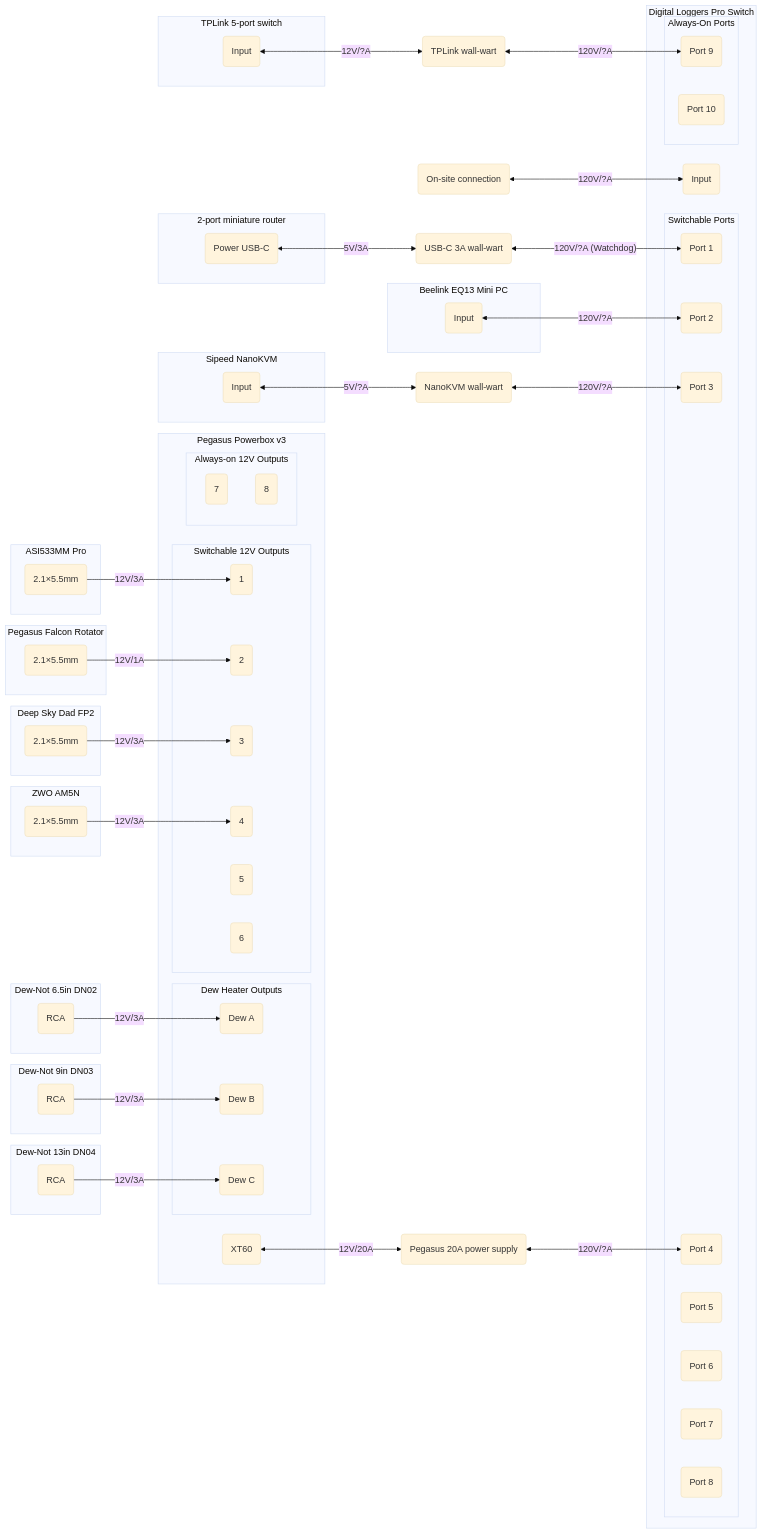
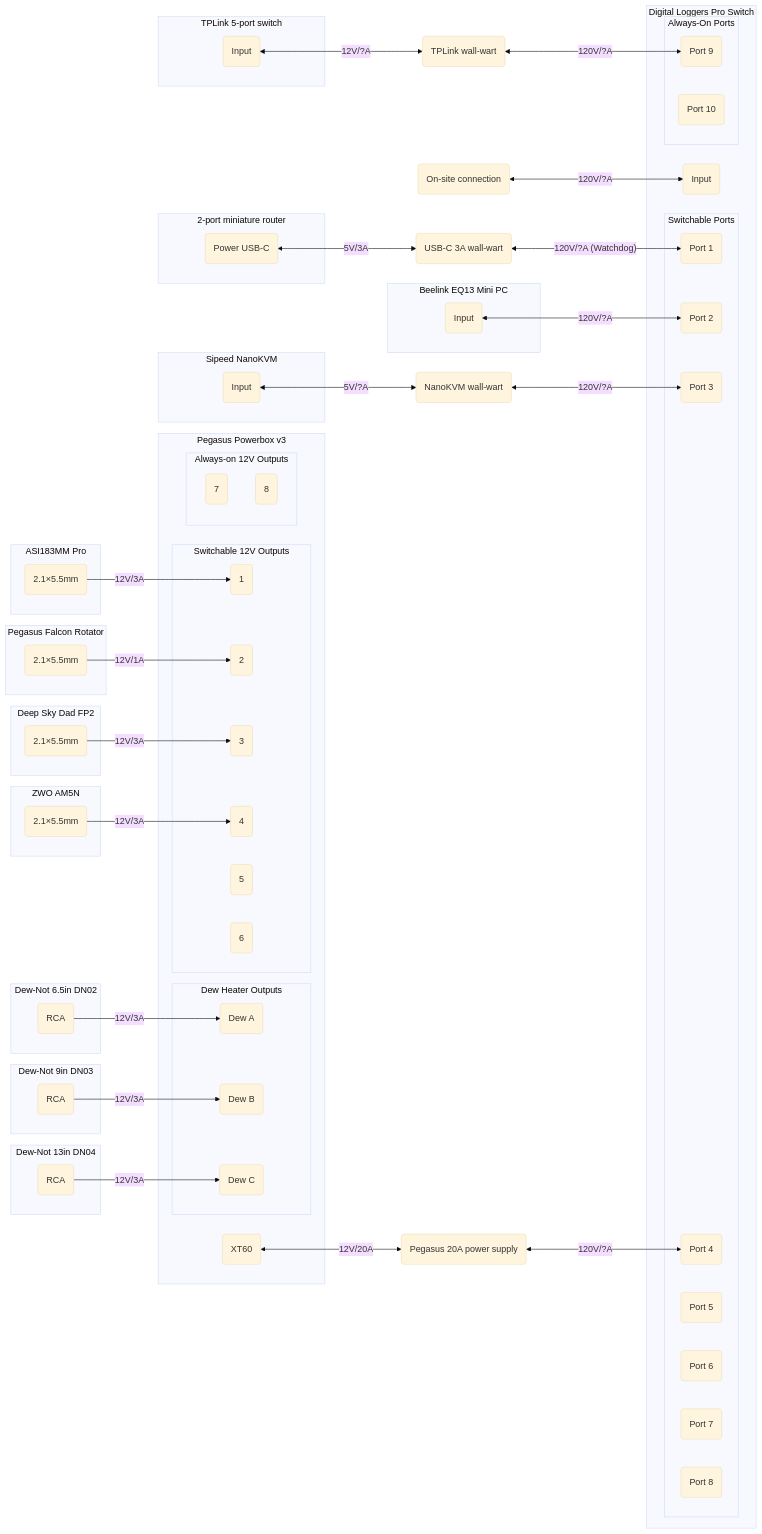
One commit to USA-RedDragon/mercury-remote-observatory changed the diagram in src/diagrams/power.md. Above: the diagram before and after it, drawn with Mermaid (base theme). The commit also changed 37 other files, not shown here.

````diff
--- a/src/diagrams/power.md
+++ b/src/diagrams/power.md
@@ -3,82 +3,82 @@
 ```mermaid
 graph LR;
     vin(On-site connection)<--120V/?A-->power-strip-vin;
     subgraph power-strip [Digital Loggers Pro Switch]
         subgraph power-strip-switchable-ports [Switchable Ports]
             power-strip-port-1(Port 1);
             power-strip-port-2(Port 2);
             power-strip-port-3(Port 3);
             power-strip-port-4(Port 4);
             power-strip-port-5(Port 5);
             power-strip-port-6(Port 6);
             power-strip-port-7(Port 7);
             power-strip-port-8(Port 8);
         end
         subgraph power-strip-always-on-ports [Always-On Ports]
             power-strip-port-9(Port 9);
             power-strip-port-10(Port 10);
         end
         power-strip-vin(Input);
     end
     router-wall-wart(USB-C 3A wall-wart)<--120V/?A (Watchdog)-->power-strip-port-1;
     subgraph router [2-port miniature router]
         router-power(Power USB-C);
     end
     router-power<--5V/3A-->router-wall-wart;
     subgraph pc [Beelink EQ13 Mini PC]
         beelink-power(Input)<--120V/?A-->power-strip-port-2;
     end
     tplink-wall-wart(TPLink wall-wart)<--120V/?A-->power-strip-port-9;
     subgraph switch [TPLink 5-port switch]
         switch-power(Input);
     end
     switch-power<--12V/?A-->tplink-wall-wart;
     nanokvm-wall-wart(NanoKVM wall-wart)<--120V/?A-->power-strip-port-3;
     subgraph kvm [Sipeed NanoKVM]
         nanokvm-power(Input);
     end
     nanokvm-power<--5V/?A-->nanokvm-wall-wart;
     pegasus-wall-wart(Pegasus 20A power supply)<--120V/?A-->power-strip-port-4;
     subgraph pegasus-powerbox [Pegasus Powerbox v3]
         pegasus-powerbox-power(XT60);
         subgraph pegasus-powerbox-dew [Dew Heater Outputs]
             pegasus-powerbox-dew-a(Dew A);
             pegasus-powerbox-dew-b(Dew B);
             pegasus-powerbox-dew-c(Dew C);
         end
         subgraph pegasus-powerbox-switchable [Switchable 12V Outputs]
             pegasus-powerbox-12v-1(1);
             pegasus-powerbox-12v-2(2);
             pegasus-powerbox-12v-3(3);
             pegasus-powerbox-12v-4(4);
             pegasus-powerbox-12v-5(5);
             pegasus-powerbox-12v-6(6);
         end
         subgraph pegasus-powerbox-always-on [Always-on 12V Outputs]
             pegasus-powerbox-12v-7(7);
             pegasus-powerbox-12v-8(8);
         end
     end
     pegasus-powerbox-power<--12V/20A-->pegasus-wall-wart;
-    subgraph camera [ASI533MM Pro]
+    subgraph camera [ASI183MM Pro]
         camera-cooler-power(2.1×5.5mm)--12V/3A-->pegasus-powerbox-12v-1;
     end
     subgraph rotator [Pegasus Falcon Rotator]
         rotator-power(2.1×5.5mm)--12V/1A-->pegasus-powerbox-12v-2;
     end
     subgraph flat-flap [Deep Sky Dad FP2]
         flat-flap-power(2.1×5.5mm)--12V/3A-->pegasus-powerbox-12v-3;
     end
     subgraph mount [ZWO AM5N]
         mount-power(2.1×5.5mm)--12V/3A-->pegasus-powerbox-12v-4;
     end
     subgraph dew-65-in [Dew-Not 6.5in DN02]
         dew-65-power(RCA)--12V/3A-->pegasus-powerbox-dew-a;
     end
         subgraph dew-9-in [Dew-Not 9in DN03]
         dew-9-power(RCA)--12V/3A-->pegasus-powerbox-dew-b;
     end
     subgraph dew-13-in [Dew-Not 13in DN04]
         dew-13-power(RCA)--12V/3A-->pegasus-powerbox-dew-c;
     end
 ```
````
